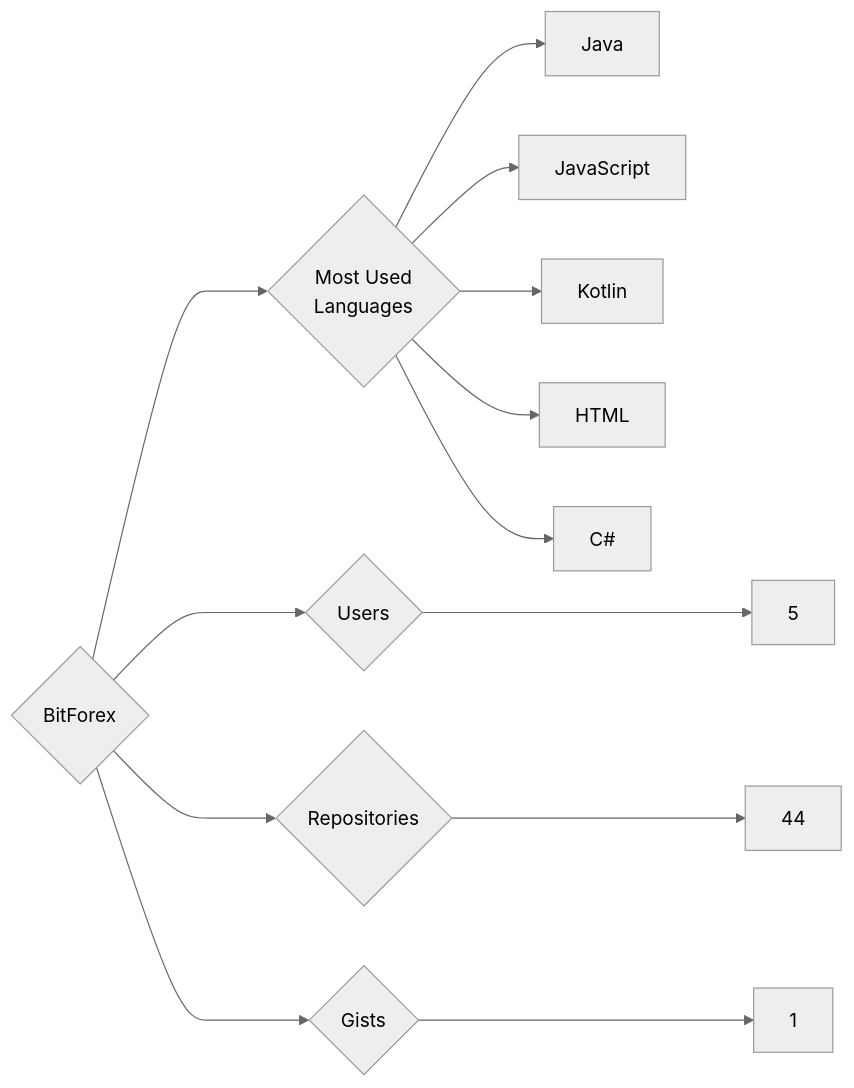
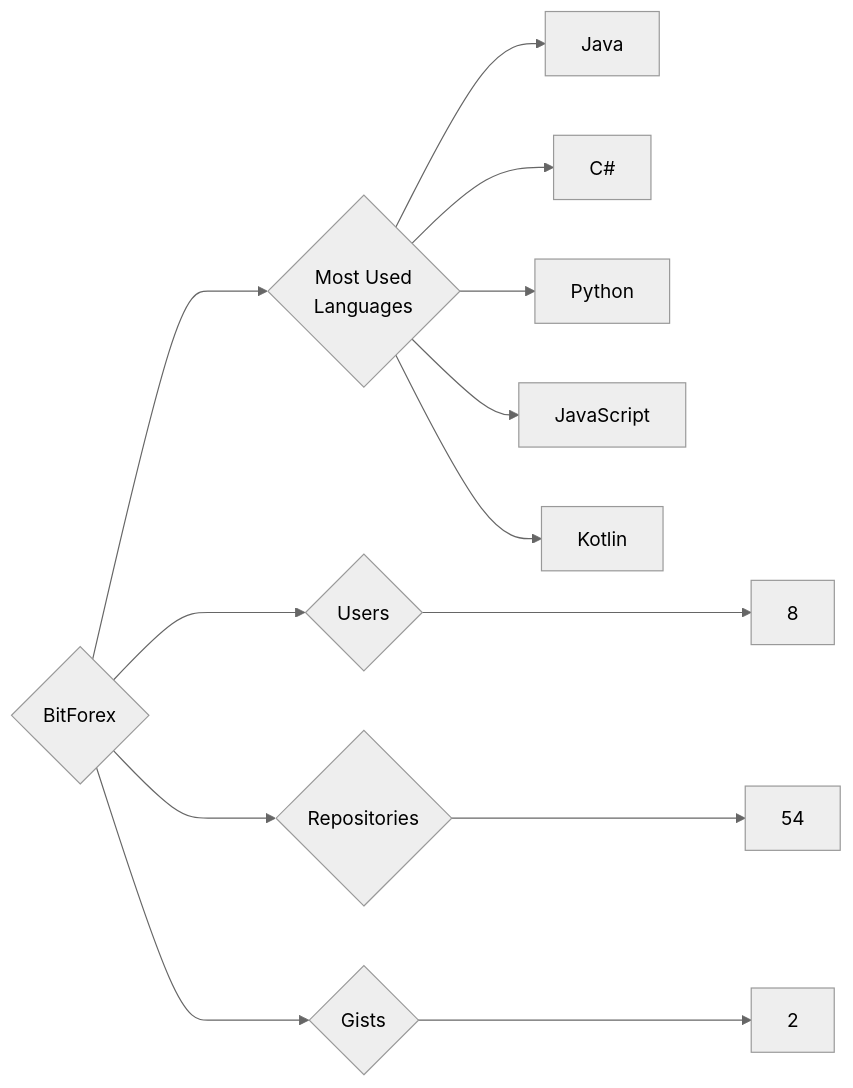
The diagram in targets/BitForex/README.md (trickest/insiders), drawn with Mermaid (neutral theme) before and after one commit. The commit also changed 1166 other files, not shown here.

````diff
--- a/targets/BitForex/README.md
+++ b/targets/BitForex/README.md
@@ -3,13 +3,13 @@
 ```mermaid
 graph LR
 COMPANY_NAME{BitForex}
-COMPANY_NAME ---> U{Users} ---> UN[5]
-COMPANY_NAME ---> R{Repositories} ---> RN[44]
-COMPANY_NAME ---> G{Gists} ---> GN[1]
+COMPANY_NAME ---> U{Users} ---> UN[8]
+COMPANY_NAME ---> R{Repositories} ---> RN[54]
+COMPANY_NAME ---> G{Gists} ---> GN[2]
 COMPANY_NAME ---> ML{Most Used<br>Languages}
 ML --> Java[Java]
+ML --> C#[C#]
+ML --> Python[Python]
 ML --> JavaScript[JavaScript]
 ML --> Kotlin[Kotlin]
-ML --> HTML[HTML]
-ML --> C#[C#]
 ```
````
